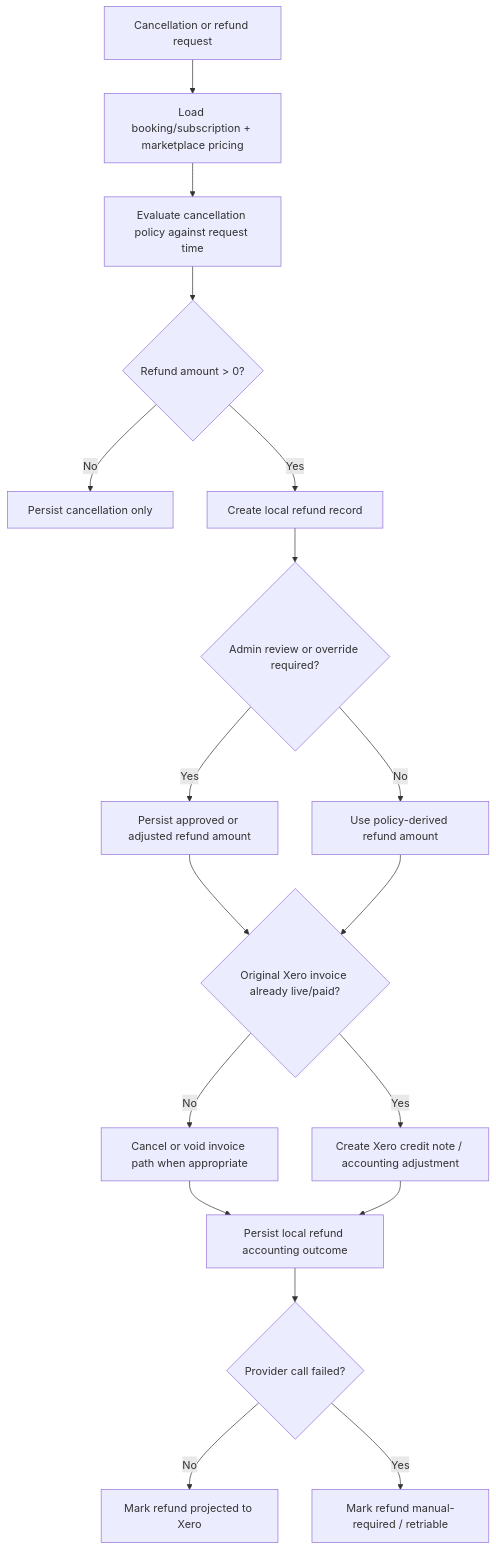
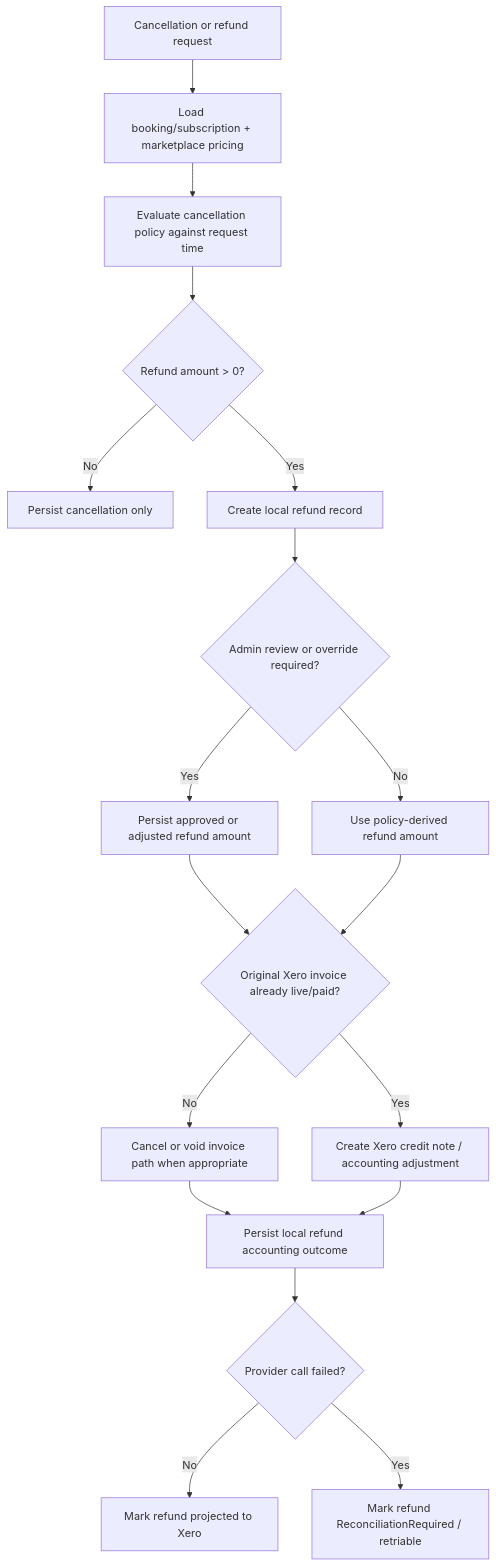
Diagram 12 of 16 in src/booking/docs/architecture/booking-runtime-flows.md (skedular/skedular), drawn with Mermaid before and after one commit. The commit also changed other lines of this file and 425 other files, not shown here.

First line of the commit message:
feat(refunds): add reliable refund workflows and reconciliation (#171)

````diff
--- a/src/booking/docs/architecture/booking-runtime-flows.md
+++ b/src/booking/docs/architecture/booking-runtime-flows.md
@@ -298,25 +298,25 @@
 ```mermaid
 flowchart TD
     A["Cancellation or refund request"] --> B["Load booking/subscription + marketplace pricing"]
     B --> C["Evaluate cancellation policy against request time"]
     C --> D{"Refund amount > 0?"}
 
     D -->|No| E["Persist cancellation only"]
     D -->|Yes| F["Create local refund record"]
     F --> G{"Admin review or override required?"}
 
     G -->|Yes| H["Persist approved or adjusted refund amount"]
     G -->|No| I["Use policy-derived refund amount"]
 
     H --> J{"Original Xero invoice already live/paid?"}
     I --> J
 
     J -->|No| K["Cancel or void invoice path when appropriate"]
     J -->|Yes| L["Create Xero credit note / accounting adjustment"]
 
     K --> M["Persist local refund accounting outcome"]
     L --> M
     M --> N{"Provider call failed?"}
     N -->|No| O["Mark refund projected to Xero"]
-    N -->|Yes| P["Mark refund manual-required / retriable"]
+    N -->|Yes| P["Mark refund ReconciliationRequired / retriable"]
 ```
````
